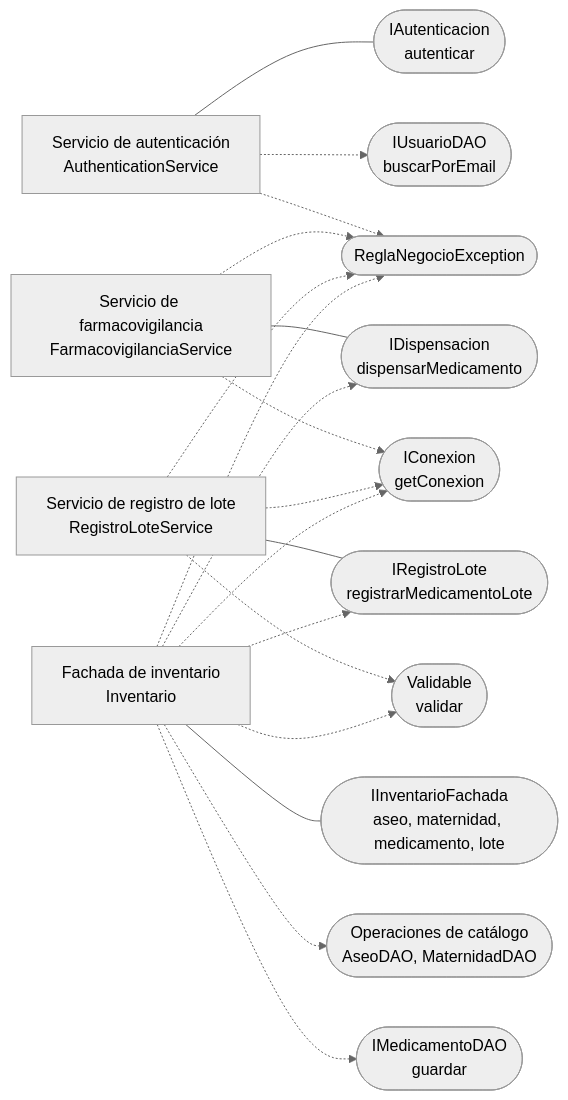
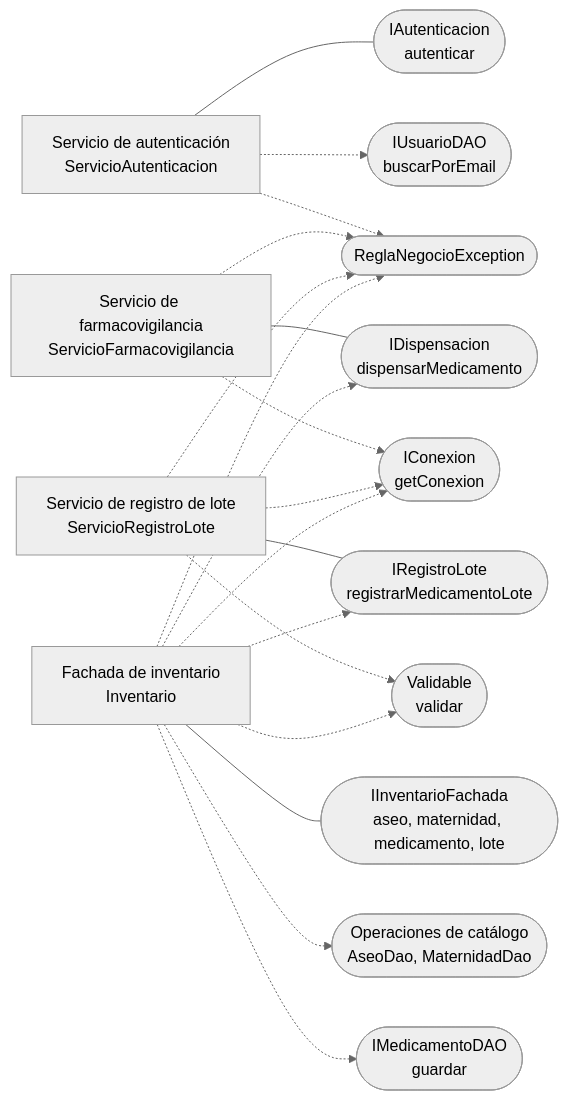
Before and after one commit to puj-course/FIS_2630_1204_G1: the diagram in docs/diagramas/COMPONENTE_SERVICIOS_NEGOCIO.md, drawn with Mermaid (neutral theme). The commit also changed other lines of this file and 121 other files, not shown here.

````diff
--- a/docs/diagramas/COMPONENTE_SERVICIOS_NEGOCIO.md
+++ b/docs/diagramas/COMPONENTE_SERVICIOS_NEGOCIO.md
@@ -7,39 +7,39 @@
 ```mermaid
 flowchart LR
-    AUTH["Servicio de autenticación<br/>AuthenticationService"]
-    DISP["Servicio de farmacovigilancia<br/>FarmacovigilanciaService"]
-    REG["Servicio de registro de lote<br/>RegistroLoteService"]
+    AUTH["Servicio de autenticación<br/>ServicioAutenticacion"]
+    DISP["Servicio de farmacovigilancia<br/>ServicioFarmacovigilancia"]
+    REG["Servicio de registro de lote<br/>ServicioRegistroLote"]
     FAC["Fachada de inventario<br/>Inventario"]
 
     IAUT(["IAutenticacion<br/>autenticar"])
     IDISP(["IDispensacion<br/>dispensarMedicamento"])
     IREGL(["IRegistroLote<br/>registrarMedicamentoLote"])
     IFAC(["IInventarioFachada<br/>aseo, maternidad, medicamento, lote"])
 
     IUSU(["IUsuarioDAO<br/>buscarPorEmail"])
     IMED(["IMedicamentoDAO<br/>guardar"])
-    ICAT(["Operaciones de catálogo<br/>AseoDAO, MaternidadDAO"])
+    ICAT(["Operaciones de catálogo<br/>AseoDao, MaternidadDao"])
     ICON(["IConexion<br/>getConexion"])
     IVAL(["Validable<br/>validar"])
     IREG(["ReglaNegocioException"])
 
     AUTH --- IAUT
     DISP --- IDISP
     REG --- IREGL
     FAC --- IFAC
 
     AUTH -.-> IUSU
     AUTH -.-> IREG
     DISP -.-> ICON
     DISP -.-> IREG
     REG -.-> ICON
     REG -.-> IVAL
     REG -.-> IREG
     FAC -.-> ICAT
     FAC -.-> IMED
     FAC -.-> IREGL
     FAC -.-> IDISP
     FAC -.-> ICON
     FAC -.-> IVAL
     FAC -.-> IREG
 ```
````
